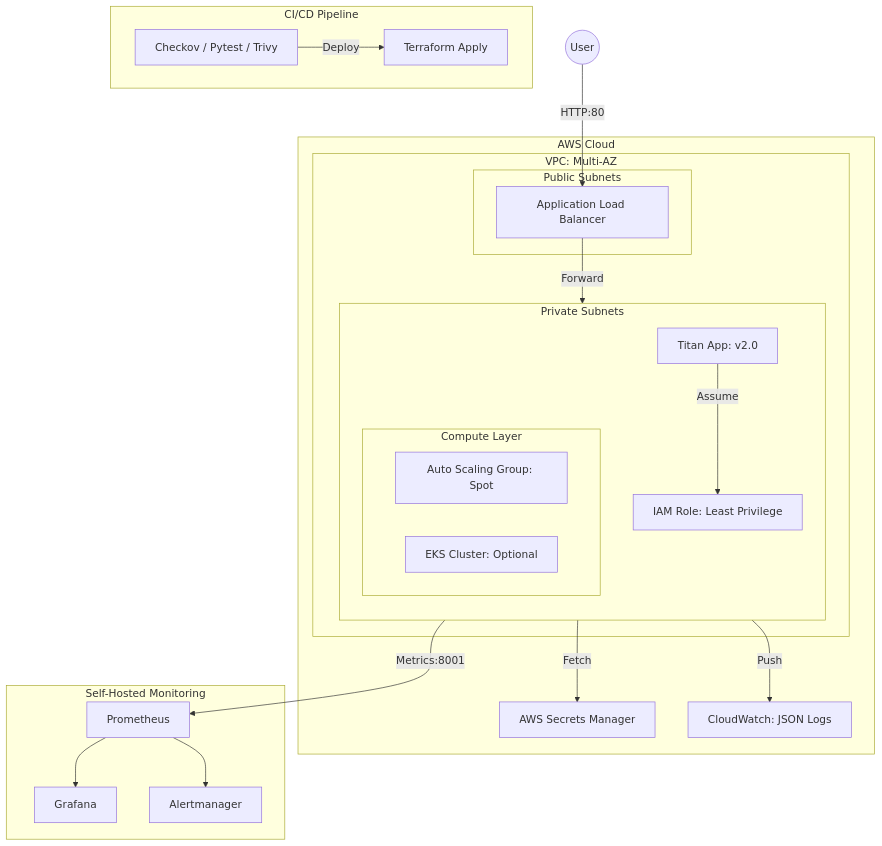
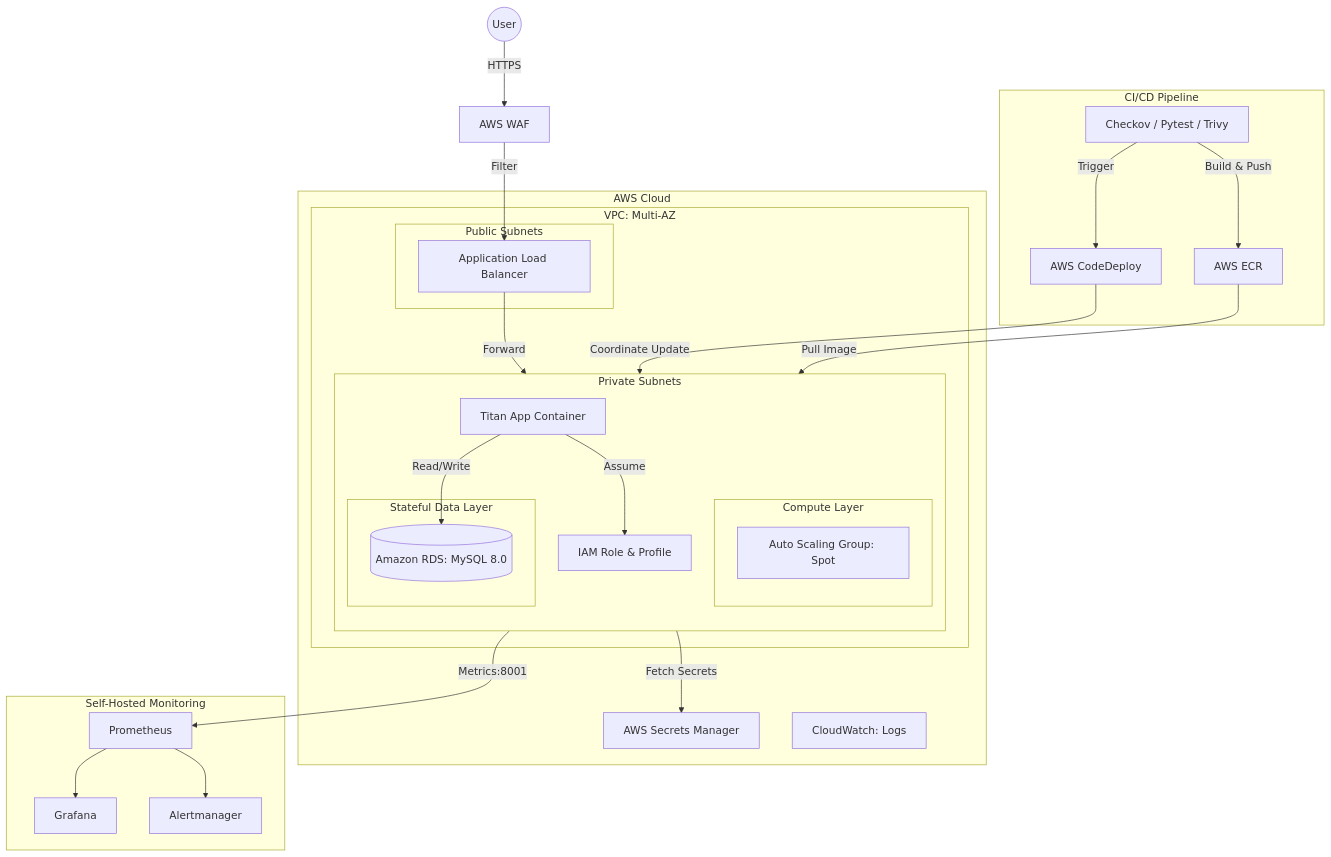
The diagram in README.md (jeff50508/AWS_HA), drawn with Mermaid before and after one commit. The commit also changed other lines of this file and 18 other files, not shown here.

````diff
--- a/README.md
+++ b/README.md
@@ -11,41 +12,48 @@
 ```mermaid
 graph TD
-    User((User)) -->|HTTP:80| ALB[Application Load Balancer]
+    User((User)) -->|HTTPS| WAF[AWS WAF]
+    WAF -->|Filter| ALB[Application Load Balancer]
     
     subgraph GitHub_Actions [CI/CD Pipeline]
-        CI[Checkov / Pytest / Trivy] -->|Deploy| TF[Terraform Apply]
+        CI[Checkov / Pytest / Trivy] -->|Build & Push| ECR[AWS ECR]
+        CI -->|Trigger| CD[AWS CodeDeploy]
     end
 
     subgraph AWS_Cloud [AWS Cloud]
         subgraph VPC [VPC: Multi-AZ]
             subgraph PublicSubnets [Public Subnets]
                 ALB
             end
             
             subgraph PrivateSubnets [Private Subnets]
                 direction TB
-                subgraph Compute_Options [Compute Layer]
+                subgraph Compute_Layer [Compute Layer]
                     ASG[Auto Scaling Group: Spot]
-                    EKS[EKS Cluster: Optional]
                 end
                 
-                App[Titan App: v2.0]
-                IAM[IAM Role: Least Privilege]
+                App[Titan App Container]
+                IAM[IAM Role & Profile]
+                
+                subgraph Data_Layer [Stateful Data Layer]
+                    RDS[(Amazon RDS: MySQL 8.0)]
+                end
             end
         end
 
         SM[AWS Secrets Manager]
-        CW[CloudWatch: JSON Logs]
+        CW[CloudWatch: Logs]
     end
 
     ALB -->|Forward| App
-    App -->|Fetch| SM
-    App -->|Push| CW
+    CD -->|Coordinate Update| ASG
+    ECR -->|Pull Image| App
+    App -->|Fetch Secrets| SM
+    App -->|Read/Write| RDS
     App -->|Assume| IAM
     
     subgraph Observability [Self-Hosted Monitoring]
         App -->|Metrics:8001| Prom[Prometheus]
         Prom --> Grafana[Grafana]
         Prom --> AM[Alertmanager]
     end
 ```
````
